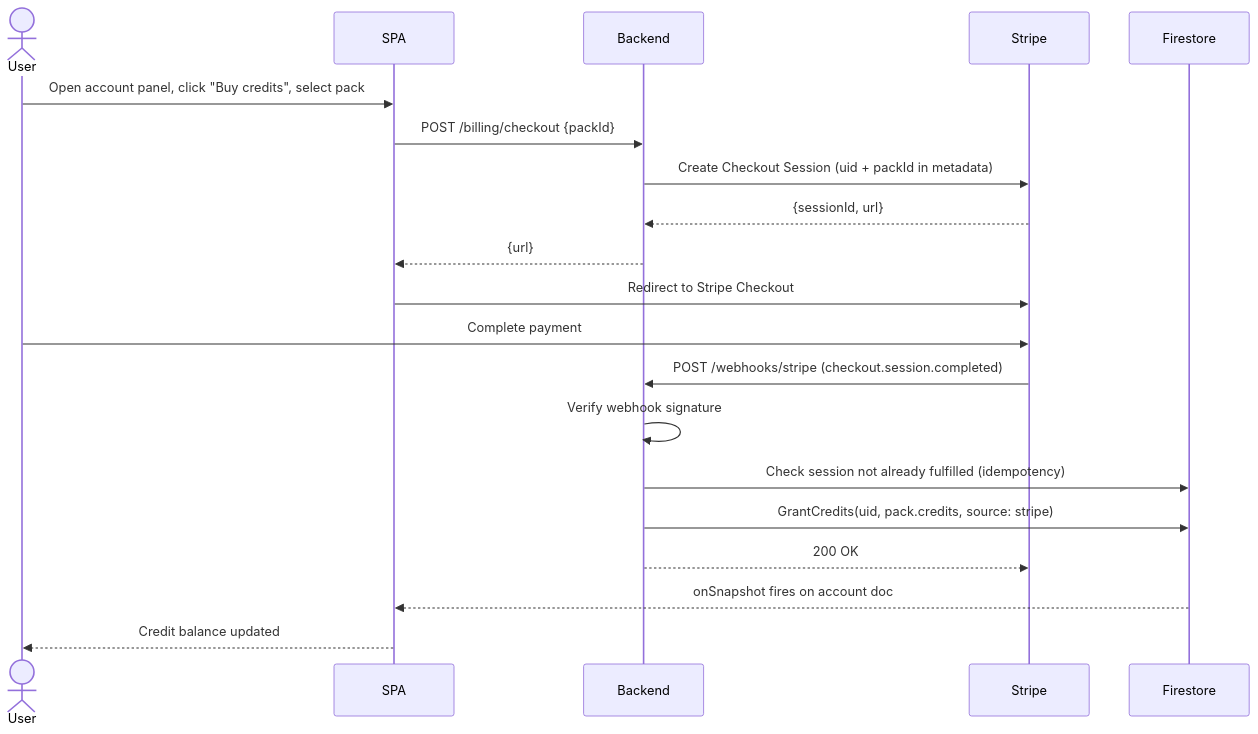
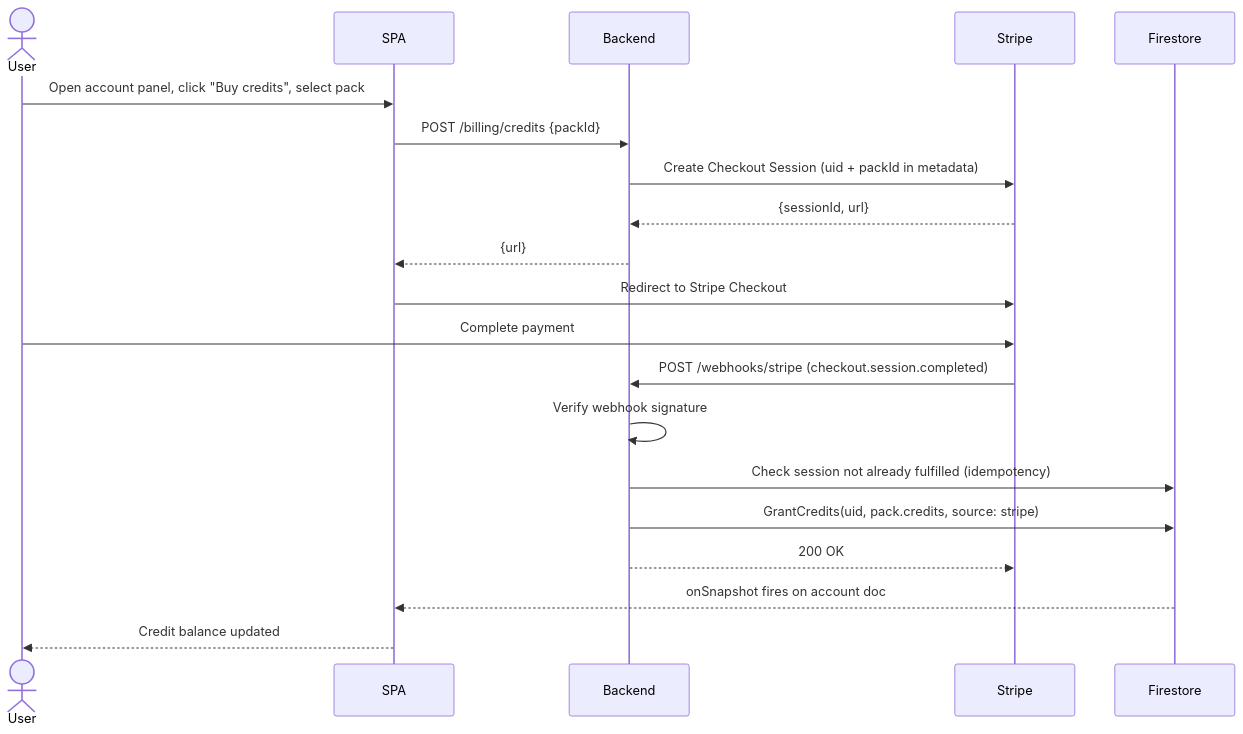
One commit to mnohe/cvai changed the diagram in docs/use_cases/UC-BILLING-001-purchase-credits.md. Above: the diagram before and after it, drawn with Mermaid. The commit also changed 9 other files, not shown here.

````diff
--- a/docs/use_cases/UC-BILLING-001-purchase-credits.md
+++ b/docs/use_cases/UC-BILLING-001-purchase-credits.md
@@ -29,23 +29,23 @@
 ```mermaid
 sequenceDiagram
     actor User
     participant SPA
     participant Backend
     participant Stripe
     participant Firestore
 
     User->>SPA: Open account panel, click "Buy credits", select pack
-    SPA->>Backend: POST /billing/checkout {packId}
+    SPA->>Backend: POST /billing/credits {packId}
     Backend->>Stripe: Create Checkout Session (uid + packId in metadata)
     Stripe-->>Backend: {sessionId, url}
     Backend-->>SPA: {url}
     SPA->>Stripe: Redirect to Stripe Checkout
     User->>Stripe: Complete payment
     Stripe->>Backend: POST /webhooks/stripe (checkout.session.completed)
     Backend->>Backend: Verify webhook signature
     Backend->>Firestore: Check session not already fulfilled (idempotency)
     Backend->>Firestore: GrantCredits(uid, pack.credits, source: stripe)
     Backend-->>Stripe: 200 OK
     Firestore-->>SPA: onSnapshot fires on account doc
     SPA-->>User: Credit balance updated
 ```
````
